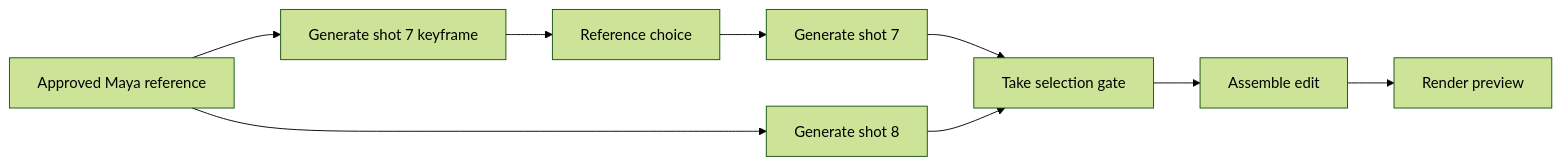
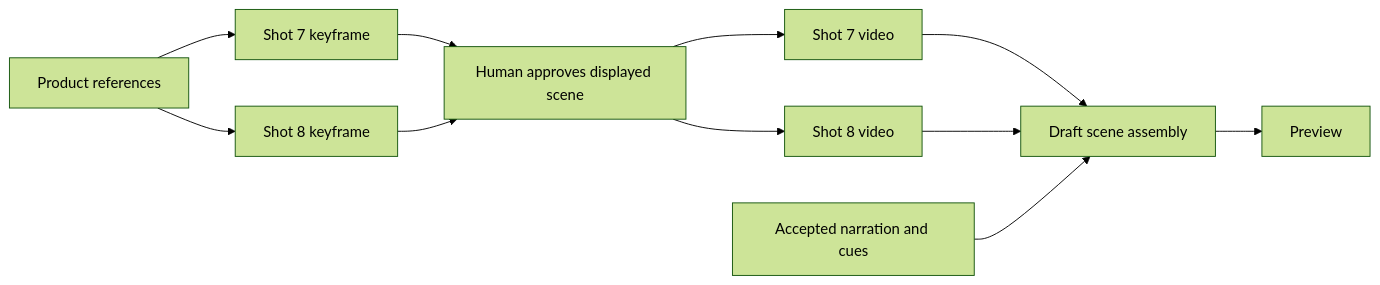
The first of 2 diagrams in docs/design/EXECUTION-AND-EDITING.md (Michael-Ma/OpenSlate), drawn with Mermaid (forest theme) before and after one commit. The commit also changed other lines of this file and 10 other files, not shown here.

Commit message:
Define narration workflow and human-reviewed video production

````diff
--- a/docs/design/EXECUTION-AND-EDITING.md
+++ b/docs/design/EXECUTION-AND-EDITING.md
@@ -37,11 +58,13 @@
 ```mermaid
 flowchart LR
-    Maya[Approved Maya reference] --> Frame[Generate shot 7 keyframe]
-    Frame --> Gate[Reference choice]
-    Gate --> S7[Generate shot 7]
-    Maya --> S8[Generate shot 8]
-    S7 --> Review[Take selection gate]
-    S8 --> Review
-    Review --> Timeline[Assemble edit]
-    Timeline --> Render[Render preview]
+    Boots[Product references] --> F7[Shot 7 keyframe]
+    Boots --> F8[Shot 8 keyframe]
+    F7 --> Review[Human approves displayed scene]
+    F8 --> Review
+    Review --> S7[Shot 7 video]
+    Review --> S8[Shot 8 video]
+    S7 --> Timeline[Draft scene assembly]
+    S8 --> Timeline
+    Narration[Accepted narration and cues] --> Timeline
+    Timeline --> Render[Preview]
 ```
````
